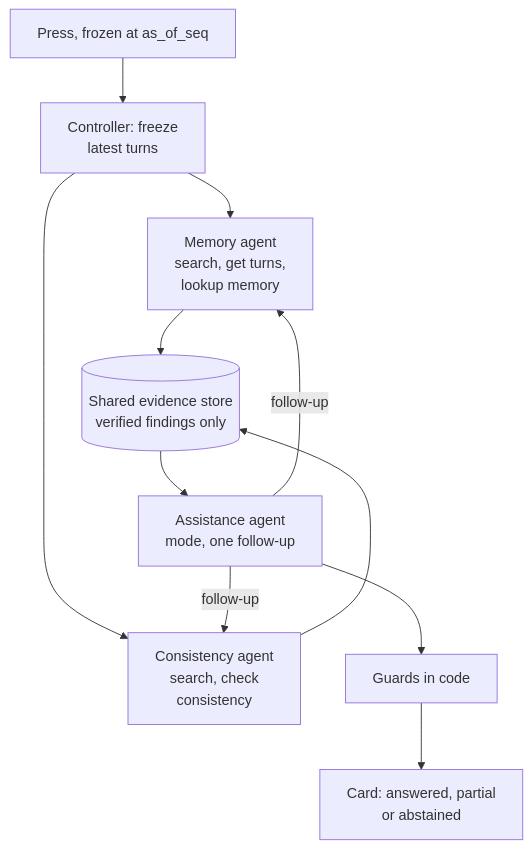
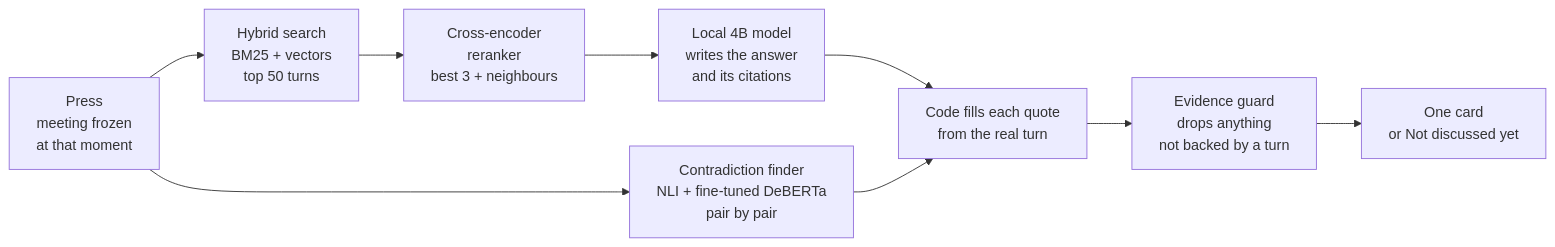
The first of 2 diagrams in README.md (aakashksen/ContextLens-Neo), drawn with Mermaid before and after one commit. The commit also changed other lines of this file and 1 other file, not shown here.

Commit message:
README: product-first: logo, one-line pitch, demo picture, desktop and glasses screenshots, results up top, a current diagram of how a press works, a tighter stack table and quick start; reference material folded into collapsible sections

````diff
--- a/README.md
+++ b/README.md
@@ -145,13 +64,11 @@
 ```mermaid
-flowchart TB
-    P["Press, frozen at as_of_seq"] --> F["Controller: freeze<br/>latest turns"]
-    F --> M["Memory agent<br/>search, get turns,<br/>lookup memory"]
-    F --> K["Consistency agent<br/>search, check<br/>consistency"]
-    M --> E[("Shared evidence store<br/>verified findings only")]
-    K --> E
-    E --> Q["Assistance agent<br/>mode, one follow-up"]
-    Q -->|"follow-up"| M
-    Q -->|"follow-up"| K
-    Q --> G["Guards in code"]
-    G --> R["Card: answered, partial<br/>or abstained"]
+flowchart LR
+    P["Press<br/>meeting frozen<br/>at that moment"] --> S["Hybrid search<br/>BM25 + vectors<br/>top 50 turns"]
+    S --> R["Cross-encoder<br/>reranker<br/>best 3 + neighbours"]
+    R --> W["Local 4B model<br/>writes the answer<br/>and its citations"]
+    W --> Q["Code fills each quote<br/>from the real turn"]
+    P --> C["Contradiction finder<br/>NLI + fine-tuned DeBERTa<br/>pair by pair"]
+    C --> Q
+    Q --> G["Evidence guard<br/>drops anything<br/>not backed by a turn"]
+    G --> K["One card<br/>or Not discussed yet"]
 ```
````
